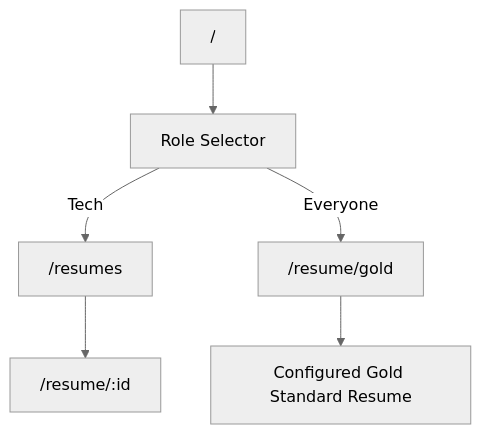
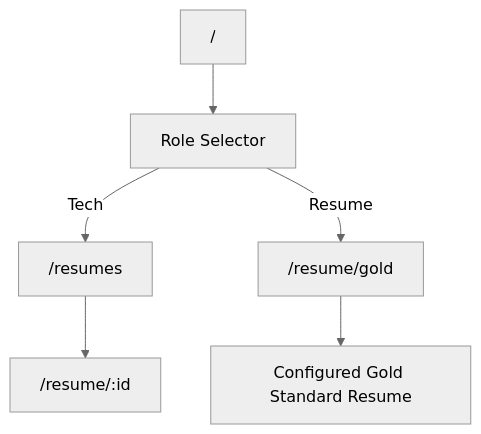
One commit to trydydd/cv changed the second of 3 diagrams in docs/architecture.md. Above: the diagram before and after it, drawn with Mermaid (neutral theme). The commit also changed other lines of this file and 26 other files, not shown here.

````diff
--- a/docs/architecture.md
+++ b/docs/architecture.md
@@ -28,8 +28,8 @@
 ```mermaid
 flowchart TD
     A["/"] --> B["Role Selector"]
     B -->|Tech| C["/resumes"]
-    B -->|Everyone| D["/resume/gold"]
+    B -->|Resume| D["/resume/gold"]
     C --> E["/resume/:id"]
     D --> F[Configured Gold Standard Resume]
 ```
````
